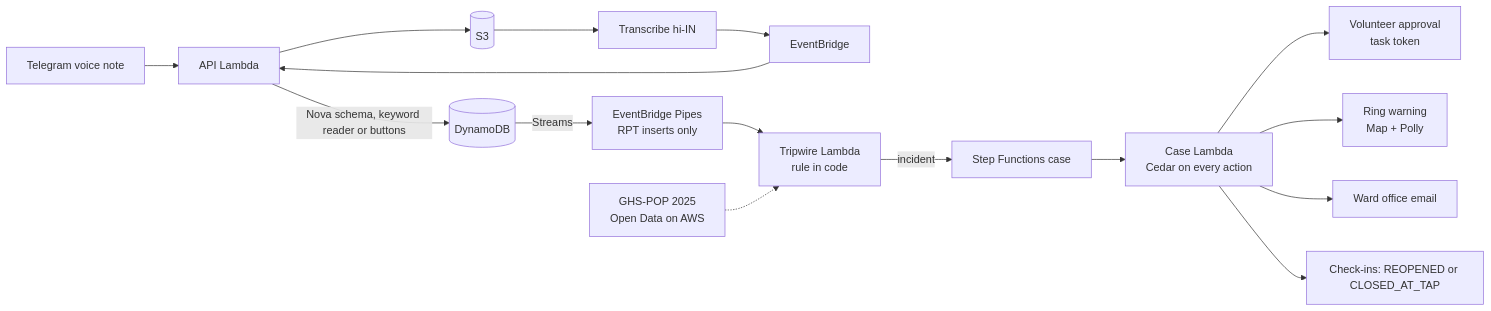
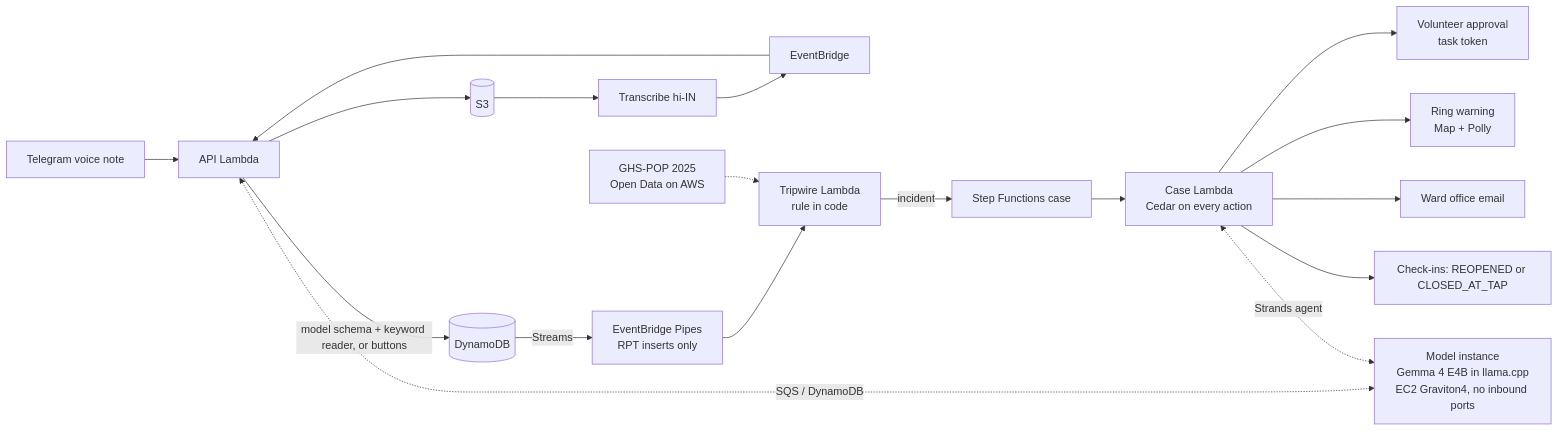
The diagram in README.md (aryangorde6/teesri-shikayat), drawn with Mermaid before and after one commit. The commit also changed other lines of this file and 7 other files, not shown here.

Commit message:
Docs, video plan and cards: agent mode runs on our own Gemma 4 instance (Bedrock quota 0); the model instance's cost is stated separately

````diff
--- a/README.md
+++ b/README.md
@@ -26,13 +26,15 @@
 ```mermaid
 flowchart LR
   TG[Telegram voice note] --> L[API Lambda] --> S3[(S3)] --> TR[Transcribe hi-IN] --> EB[EventBridge] --> L
-  L -->|"Nova schema, keyword reader or buttons"| DDB[(DynamoDB)]
+  L -->|"model schema + keyword reader, or buttons"| DDB[(DynamoDB)]
+  L <-.->|"SQS / DynamoDB"| MV["Model instance<br/>Gemma 4 E4B in llama.cpp<br/>EC2 Graviton4, no inbound ports"]
   DDB -->|Streams| P["EventBridge Pipes<br/>RPT inserts only"] --> TW["Tripwire Lambda<br/>rule in code"]
   TW -->|incident| SF[Step Functions case]
   SF --> C["Case Lambda<br/>Cedar on every action"]
   C --> V["Volunteer approval<br/>task token"]
   C --> W["Ring warning<br/>Map + Polly"]
   C --> M[Ward office email]
   C --> K["Check-ins: REOPENED or CLOSED_AT_TAP"]
+  C <-.->|"Strands agent"| MV
   POP["GHS-POP 2025<br/>Open Data on AWS"] -.-> TW
 ```
````
